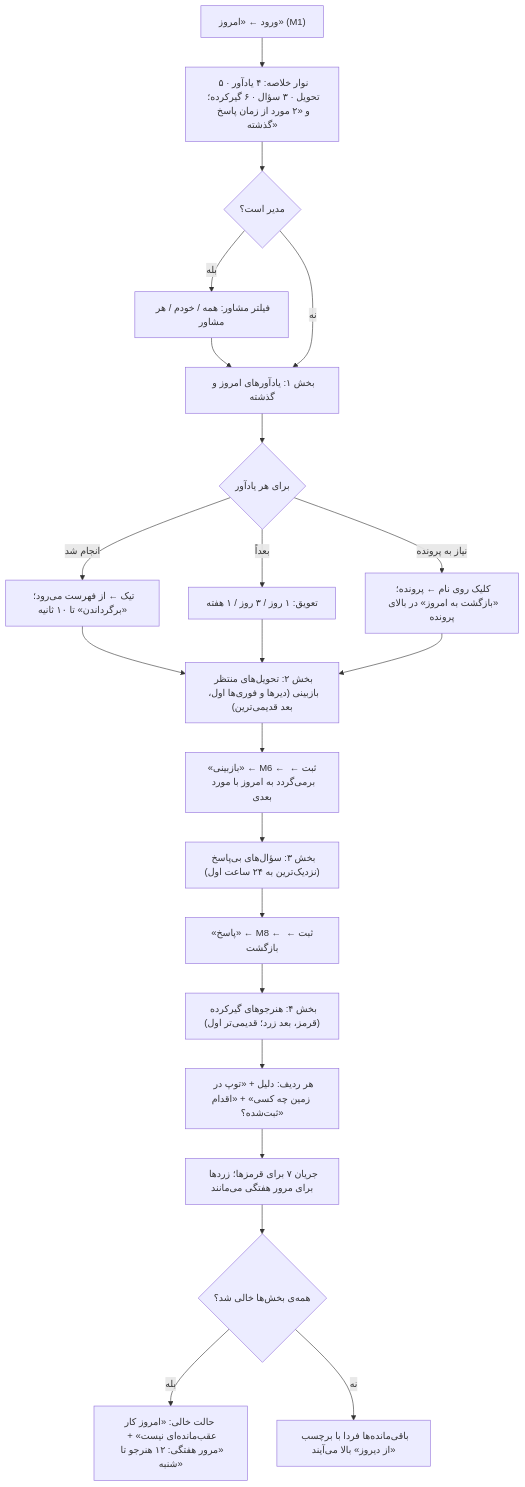
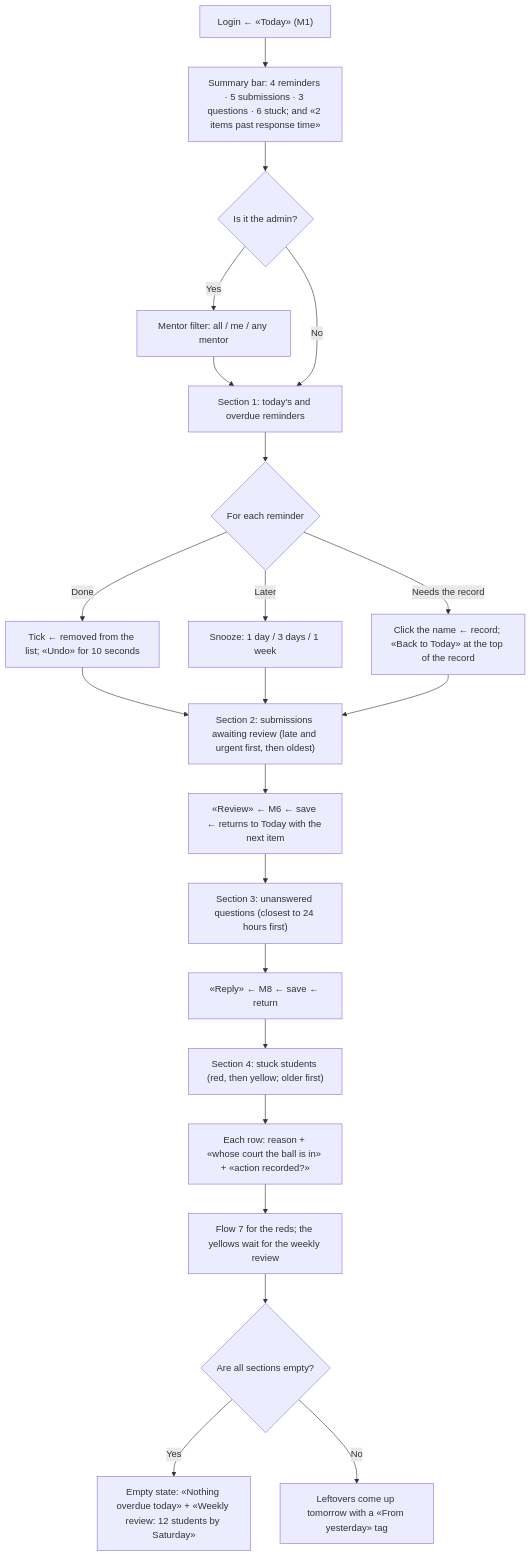
The sixth of 9 diagrams in docs/03-ux/user-flows.md (simorghsorkh/upworkcoach), drawn with Mermaid before and after one commit. The commit also changed other lines of this file and 360 other files, not shown here.

````diff
--- a/docs/03-ux/user-flows.md
+++ b/docs/03-ux/user-flows.md
@@ -181,23 +181,23 @@
 ```mermaid
 flowchart TD
-    A["ورود ← «امروز» (M1)"] --> B["نوار خلاصه: ۴ یادآور · ۵ تحویل · ۳ سؤال · ۶ گیرکرده؛ و «۲ مورد از زمان پاسخ گذشته»"]
-    B --> B1{"مدیر است؟"}
-    B1 -->|بله| B2["فیلتر مشاور: همه / خودم / هر مشاور"] --> C
-    B1 -->|نه| C["بخش ۱: یادآورهای امروز و گذشته"]
-    C --> C1{"برای هر یادآور"}
-    C1 -->|انجام شد| C2["تیک ← از فهرست می‌رود؛ «برگرداندن» تا ۱۰ ثانیه"]
-    C1 -->|بعداً| C3["تعویق: ۱ روز / ۳ روز / ۱ هفته"]
-    C1 -->|نیاز به پرونده| C4["کلیک روی نام ← پرونده؛ «بازگشت به امروز» در بالای پرونده"]
-    C2 --> D["بخش ۲: تحویل‌های منتظر بازبینی (دیرها و فوری‌ها اول، بعد قدیمی‌ترین)"]
+    A["Login ← «Today» (M1)"] --> B["Summary bar: 4 reminders · 5 submissions · 3 questions · 6 stuck; and «2 items past response time»"]
+    B --> B1{"Is it the admin?"}
+    B1 -->|Yes| B2["Mentor filter: all / me / any mentor"] --> C
+    B1 -->|No| C["Section 1: today's and overdue reminders"]
+    C --> C1{"For each reminder"}
+    C1 -->|Done| C2["Tick ← removed from the list; «Undo» for 10 seconds"]
+    C1 -->|Later| C3["Snooze: 1 day / 3 days / 1 week"]
+    C1 -->|Needs the record| C4["Click the name ← record; «Back to Today» at the top of the record"]
+    C2 --> D["Section 2: submissions awaiting review (late and urgent first, then oldest)"]
     C3 --> D
     C4 --> D
-    D --> D1["«بازبینی» ← M6 ← ثبت ← برمی‌گردد به امروز با مورد بعدی"]
-    D1 --> E["بخش ۳: سؤال‌های بی‌پاسخ (نزدیک‌ترین به ۲۴ ساعت اول)"]
-    E --> E1["«پاسخ» ← M8 ← ثبت ← بازگشت"]
-    E1 --> F["بخش ۴: هنرجوهای گیرکرده (قرمز، بعد زرد؛ قدیمی‌تر اول)"]
-    F --> F1["هر ردیف: دلیل + «توپ در زمین چه کسی» + «اقدام ثبت‌شده؟»"]
-    F1 --> G["جریان ۷ برای قرمزها؛ زردها برای مرور هفتگی می‌مانند"]
-    G --> H{"همه‌ی بخش‌ها خالی شد؟"}
-    H -->|بله| H1["حالت خالی: «امروز کار عقب‌مانده‌ای نیست» + «مرور هفتگی: ۱۲ هنرجو تا شنبه»"]
-    H -->|نه| I["باقی‌مانده‌ها فردا با برچسب «از دیروز» بالا می‌آیند"]
+    D --> D1["«Review» ← M6 ← save ← returns to Today with the next item"]
+    D1 --> E["Section 3: unanswered questions (closest to 24 hours first)"]
+    E --> E1["«Reply» ← M8 ← save ← return"]
+    E1 --> F["Section 4: stuck students (red, then yellow; older first)"]
+    F --> F1["Each row: reason + «whose court the ball is in» + «action recorded?»"]
+    F1 --> G["Flow 7 for the reds; the yellows wait for the weekly review"]
+    G --> H{"Are all sections empty?"}
+    H -->|Yes| H1["Empty state: «Nothing overdue today» + «Weekly review: 12 students by Saturday»"]
+    H -->|No| I["Leftovers come up tomorrow with a «From yesterday» tag"]
 ```
````
